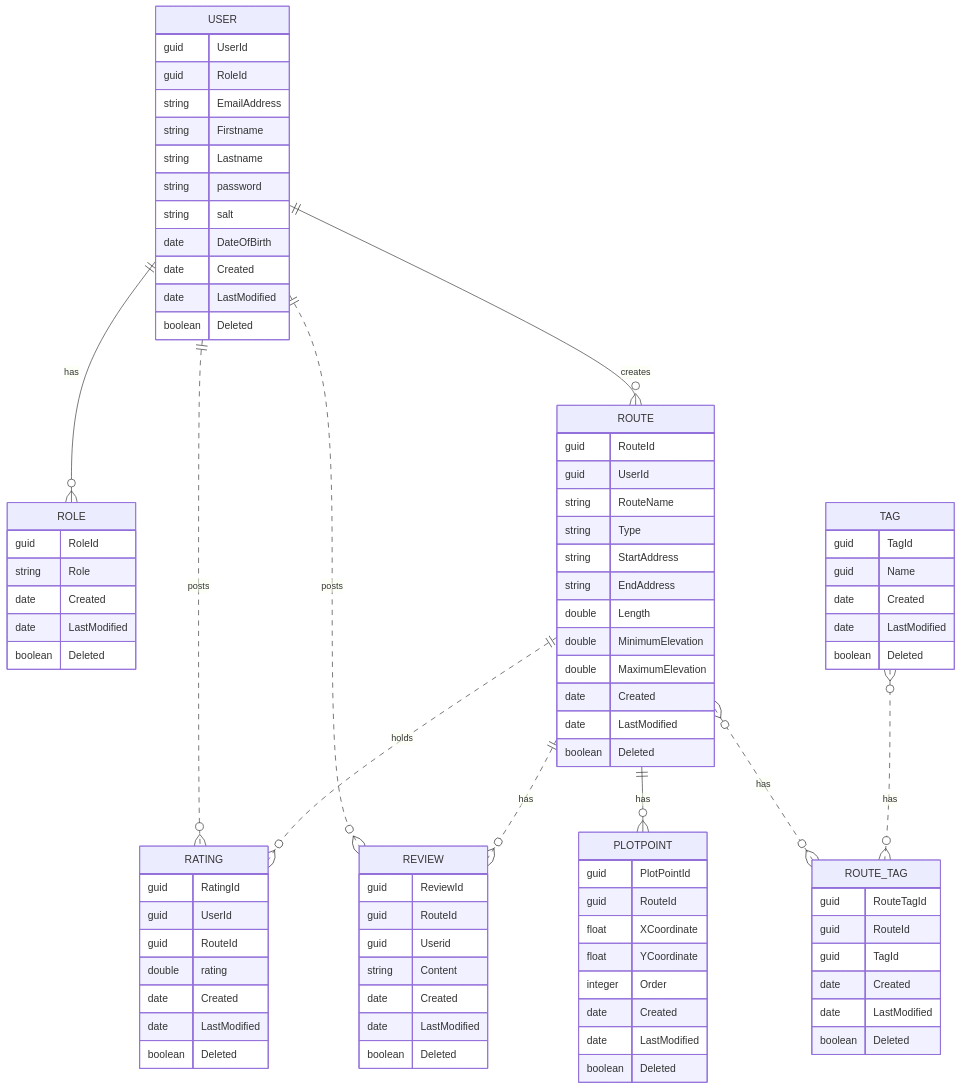
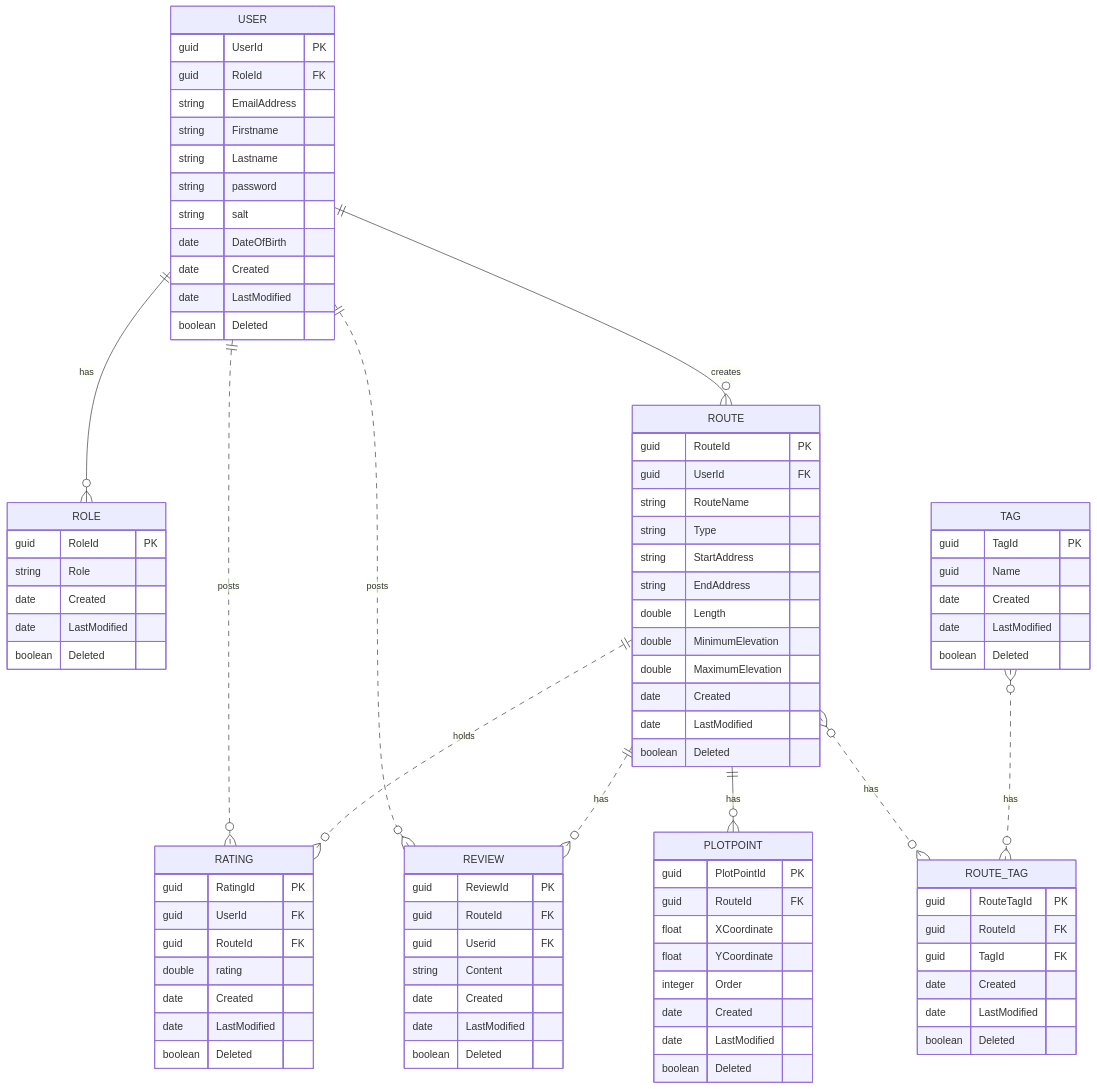
One commit to MurrayLyne96/RouteFinder changed the second of 2 diagrams in README.md. Above: the diagram before and after it, drawn with Mermaid.

Commit message:
Add primary/foreign key notations

```diff
--- a/README.md
+++ b/README.md
@@ -93,8 +93,8 @@
     TAG }o..o{ ROUTE_TAG: has
 
     USER {
-        guid UserId
-        guid RoleId
+        guid UserId PK
+        guid RoleId FK
         string EmailAddress
         string Firstname
         string Lastname
@@ -107,7 +107,7 @@
     }
 
     ROLE {
-        guid RoleId
+        guid RoleId PK
         string Role
         date Created
         date LastModified
@@ -115,8 +115,8 @@
     }
 
     ROUTE {
-        guid RouteId
-        guid UserId
+        guid RouteId PK
+        guid UserId FK
         string RouteName
         string Type
         string StartAddress
@@ -130,9 +130,9 @@
     }
 
     REVIEW {
-        guid ReviewId
-        guid RouteId
-        guid Userid
+        guid ReviewId PK
+        guid RouteId FK
+        guid Userid FK
         string Content
         date Created
         date LastModified
@@ -140,8 +140,8 @@
     }
 
     PLOTPOINT {
-        guid PlotPointId
-        guid RouteId
+        guid PlotPointId PK
+        guid RouteId FK
         float XCoordinate
         float YCoordinate
         integer Order
@@ -151,9 +151,9 @@
     }
 
     RATING {
-        guid RatingId
-        guid UserId
-        guid RouteId
+        guid RatingId PK
+        guid UserId FK
+        guid RouteId FK
         double rating
         date Created
         date LastModified
@@ -161,7 +161,7 @@
     }
 
     TAG { 
-        guid TagId
+        guid TagId PK
         guid Name
         date Created
         date LastModified
@@ -169,9 +169,9 @@
     }
 
     ROUTE_TAG {
-        guid RouteTagId
-        guid RouteId
-        guid TagId
+        guid RouteTagId PK
+        guid RouteId FK
+        guid TagId FK
         date Created
         date LastModified
         boolean Deleted
```
